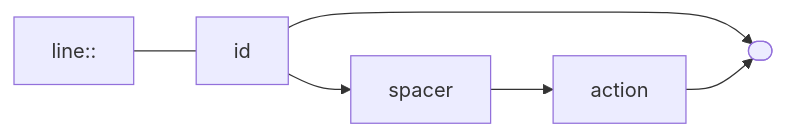
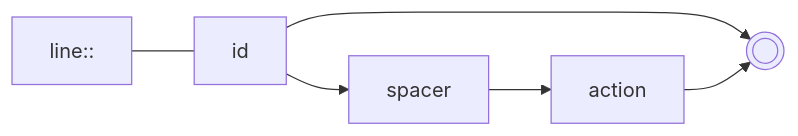
One commit to andrewfstratton/quandoscript changed the third of 16 diagrams in README.md. Above: the diagram before and after it, drawn with Mermaid. The commit also changed other lines of this file, not shown here.

Commit message:
tidy syntax charts

````diff
--- a/README.md
+++ b/README.md
@@ -21,6 +20,6 @@
 ```mermaid
 graph LR
-    stop([ ])
+    stop((( )))
     id-->stop
     line::---id-->spacer-->action-->stop
 ```
````
